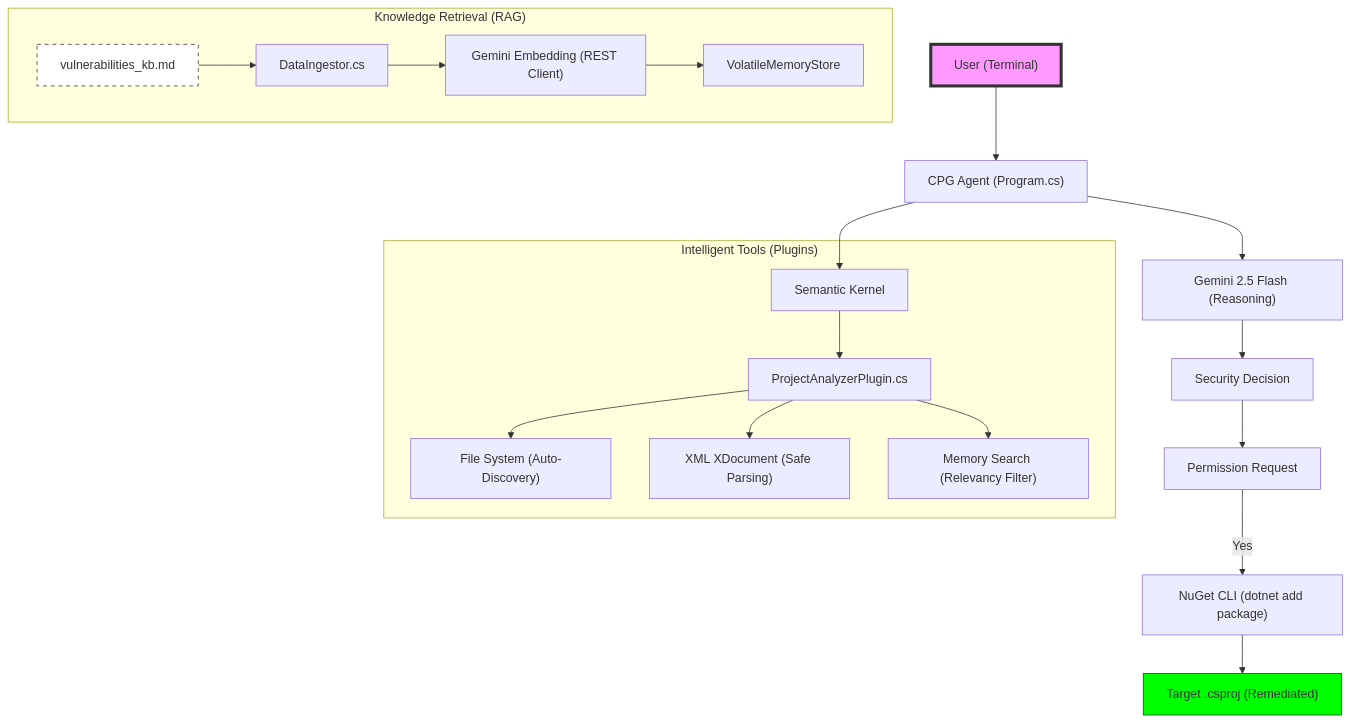
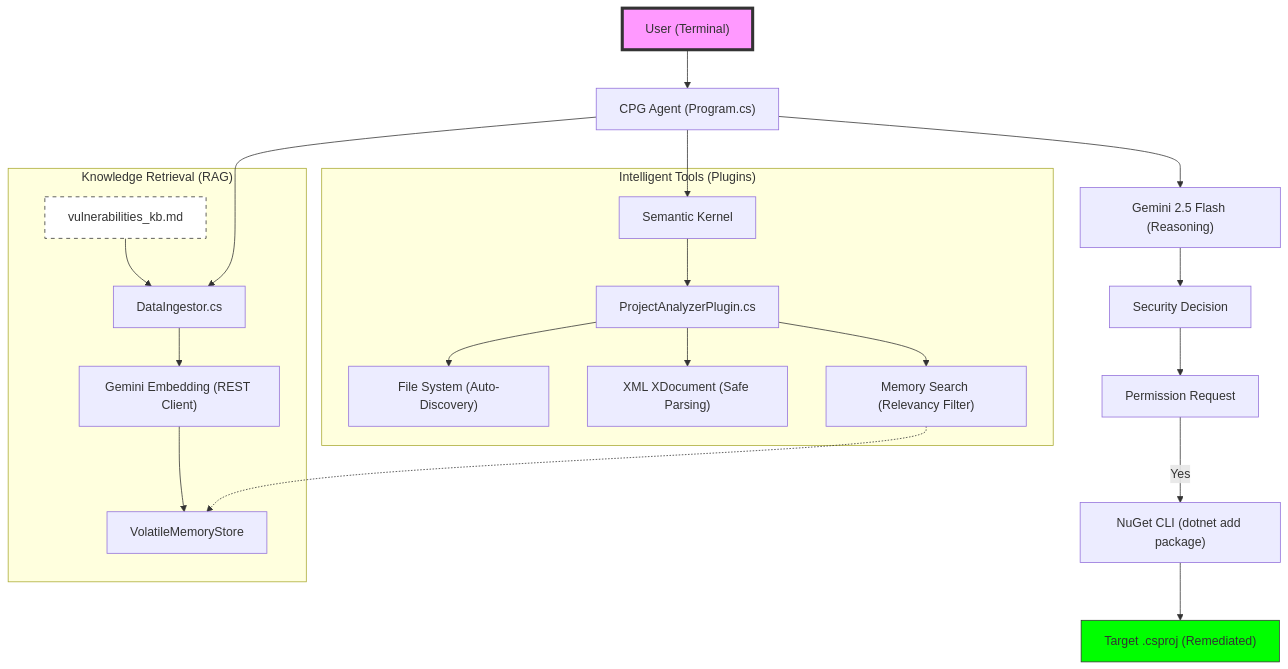
One commit to ihra-sinestia/CapstonePackageGuarder changed the diagram in architecture.mmd. Above: the diagram before and after it, drawn with Mermaid. The commit also changed 1 other file, not shown here.

```diff
--- a/architecture.mmd
+++ b/architecture.mmd
@@ -1,27 +1,30 @@
 graph TD
     User["User (Terminal)"] --> CPG["CPG Agent (Program.cs)"]
     CPG --> Kernel["Semantic Kernel"]
     
     subgraph "Knowledge Retrieval (RAG)"
         KB["vulnerabilities_kb.md"] --> Ingestor["DataIngestor.cs"]
         Ingestor --> Embeddings["Gemini Embedding (REST Client)"]
         Embeddings --> Memory["VolatileMemoryStore"]
     end
     
     subgraph "Intelligent Tools (Plugins)"
         Kernel --> Plugin["ProjectAnalyzerPlugin.cs"]
         Plugin --> FS["File System (Auto-Discovery)"]
         Plugin --> XML["XML XDocument (Safe Parsing)"]
         Plugin --> MemorySearch["Memory Search (Relevancy Filter)"]
     end
     
     CPG --> LLM["Gemini 2.5 Flash (Reasoning)"]
     LLM --> Decision["Security Decision"]
     
     Decision --> UserAsk["Permission Request"]
     UserAsk -- "Yes" --> Update["NuGet CLI (dotnet add package)"]
     Update --> TestApp["Target .csproj (Remediated)"]
     
+    CPG --> Ingestor
+    MemorySearch -.-> Memory
+    
     style User fill:#f9f,stroke:#333,stroke-width:4px
     style TestApp fill:#00ff00,stroke:#333
     style KB fill:#fff,stroke:#333,stroke-dasharray: 5 5
```
